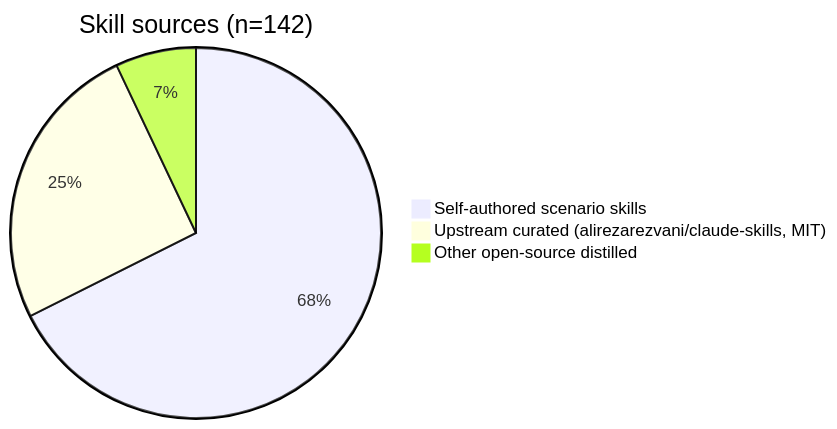
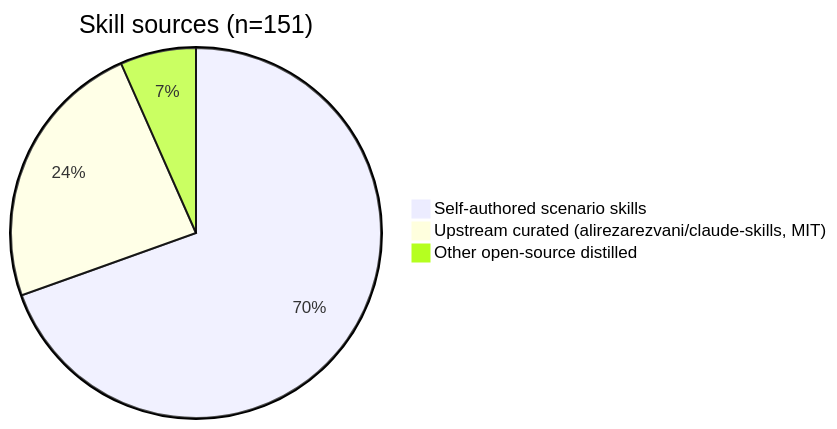
The second of 3 diagrams in README.md (Morningstar202604/awesome-skillkit), drawn with Mermaid before and after one commit. The commit also changed other lines of this file and 75 other files, not shown here.

````diff
--- a/README.md
+++ b/README.md
@@ -44,6 +44,6 @@
 ```mermaid
-pie title Skill sources (n=142)
-    "Self-authored scenario skills" : 96
+pie title Skill sources (n=151)
+    "Self-authored scenario skills" : 105
     "Upstream curated (alirezarezvani/claude-skills, MIT)" : 36
     "Other open-source distilled" : 10
 ```
````
